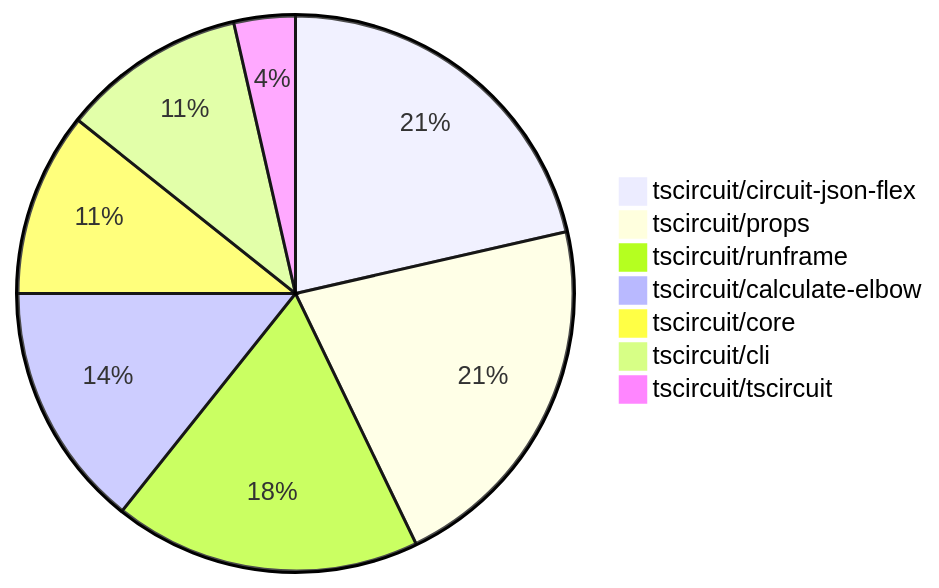
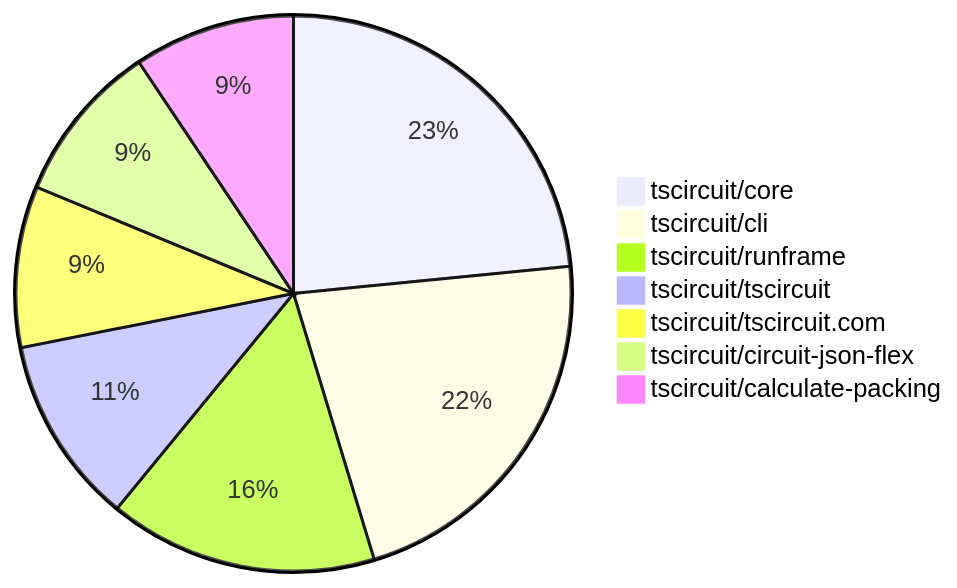
The second of 2 diagrams in contribution-overviews/2025-07-23.md (tscircuit/contribution-tracker), drawn with Mermaid before and after one commit. The commit also changed other lines of this file and 3 other files, not shown here.

````diff
--- a/contribution-overviews/2025-07-23.md
+++ b/contribution-overviews/2025-07-23.md
@@ -59,10 +75,10 @@
 ```mermaid
 pie
+    "tscircuit/core" : 15
+    "tscircuit/cli" : 14
+    "tscircuit/runframe" : 10
+    "tscircuit/tscircuit" : 7
+    "tscircuit/tscircuit.com" : 6
     "tscircuit/circuit-json-flex" : 6
-    "tscircuit/props" : 6
-    "tscircuit/runframe" : 5
-    "tscircuit/calculate-elbow" : 4
-    "tscircuit/core" : 3
-    "tscircuit/cli" : 3
-    "tscircuit/tscircuit" : 1
+    "tscircuit/calculate-packing" : 6
 ```
````
